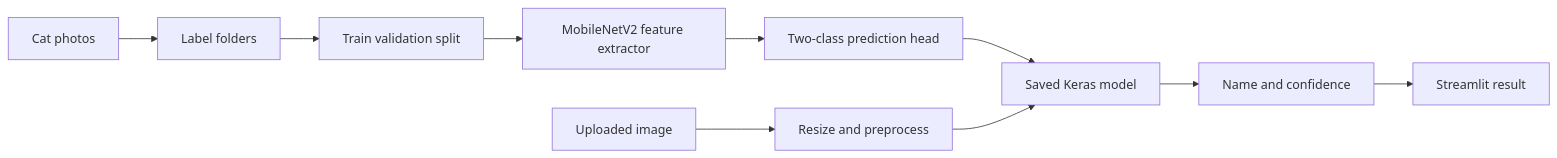
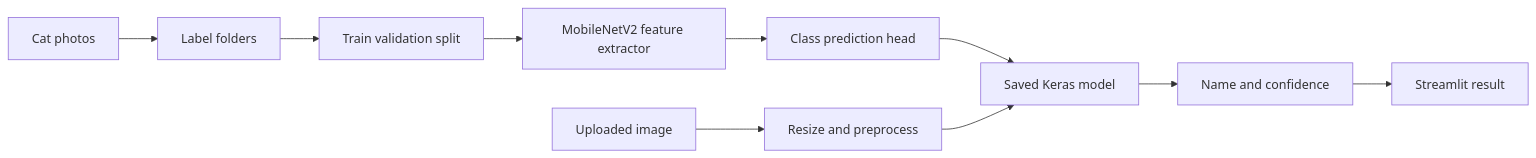
One commit to DNIMUZ/meko-lily-classifier changed the diagram in PROJECT_REPORT.md. Above: the diagram before and after it, drawn with Mermaid. The commit also changed other lines of this file and 1211 other files, not shown here.

````diff
--- a/PROJECT_REPORT.md
+++ b/PROJECT_REPORT.md
@@ -104,12 +113,12 @@
 ```mermaid
 flowchart LR
     A[Cat photos] --> B[Label folders]
     B --> C[Train validation split]
     C --> D[MobileNetV2 feature extractor]
-    D --> E[Two-class prediction head]
+    D --> E[Class prediction head]
     E --> F[Saved Keras model]
     G[Uploaded image] --> H[Resize and preprocess]
     H --> F
     F --> I[Name and confidence]
     I --> J[Streamlit result]
 ```
````
